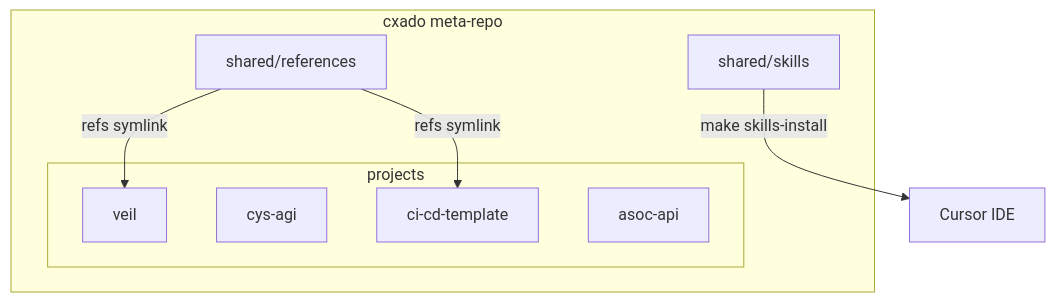
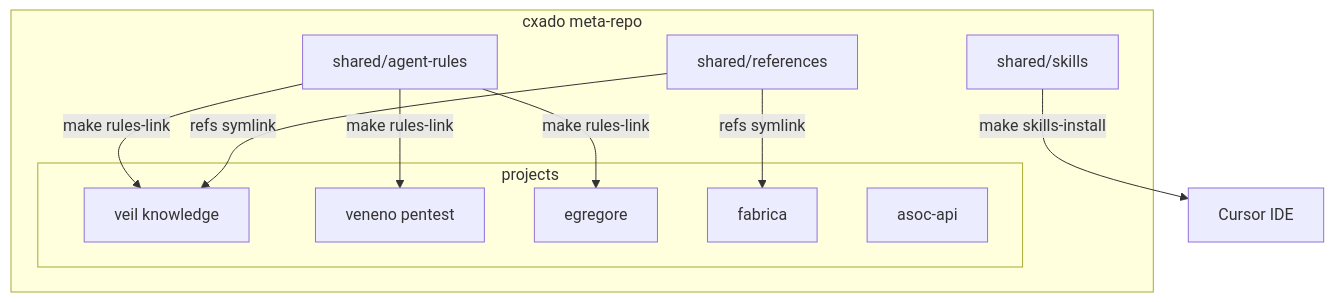
Before and after one commit to butbeautifulv/cxado: the first of 4 diagrams in docs/ecosystem-map.md, drawn with Mermaid. The commit also changed other lines of this file and 14 other files, not shown here.

First line of the commit message:
Rename submodules to egregore and fabrica; wire veneno split.

````diff
--- a/docs/ecosystem-map.md
+++ b/docs/ecosystem-map.md
@@ -5,17 +5,22 @@
 ```mermaid
 flowchart TB
   subgraph cxado [cxado meta-repo]
+    RULES[shared/agent-rules]
     SKILLS[shared/skills]
     REFS[shared/references]
     subgraph projects [projects]
-      VEIL[veil]
-      AGI[cys-agi]
-      CICD[ci-cd-template]
+      VEIL[veil knowledge]
+      VENENO[veneno pentest]
+      AGI[egregore]
+      CICD[fabrica]
       ASOC[asoc-api]
     end
   end
 
+  RULES -->|make rules-link| VEIL
+  RULES -->|make rules-link| VENENO
+  RULES -->|make rules-link| AGI
   SKILLS -->|make skills-install| CURSOR[Cursor IDE]
   REFS -->|refs symlink| VEIL
   REFS -->|refs symlink| CICD
 ```
````
